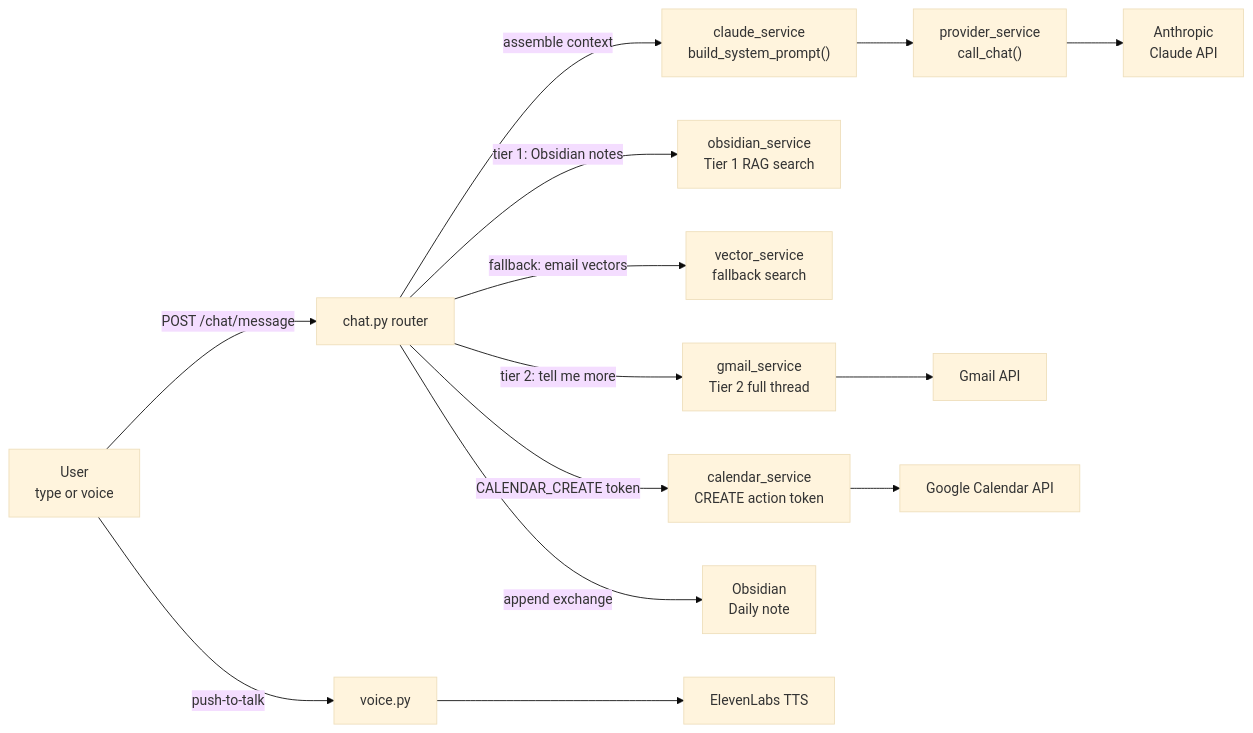
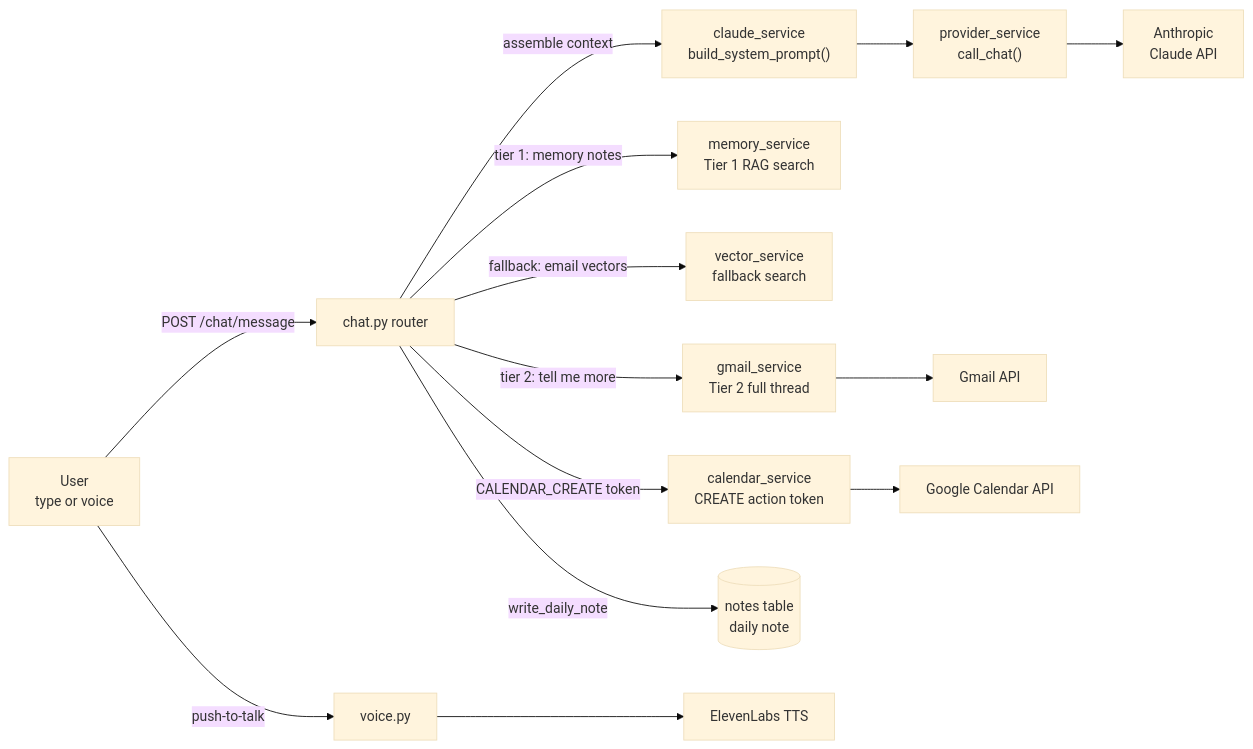
The second of 6 diagrams in docs/ARCHITECTURE.md (yuvanadarsh/meridian), drawn with Mermaid (base theme) before and after one commit. The commit also changed other lines of this file and 2 other files, not shown here.

First line of the commit message:
chore: update CLAUDE.md, README, and docs/ARCHITECTURE.md

````diff
--- a/docs/ARCHITECTURE.md
+++ b/docs/ARCHITECTURE.md
@@ -35,31 +32,31 @@
 ```mermaid
 flowchart LR
     User["User\ntype or voice"]
     ChatR["chat.py router"]
     ClaudeSvc["claude_service\nbuild_system_prompt()"]
     ProvSvc["provider_service\ncall_chat()"]
     ClaudeAPI["Anthropic\nClaude API"]
-    ObsSvc["obsidian_service\nTier 1 RAG search"]
+    MemSvc["memory_service\nTier 1 RAG search"]
     VecSvc["vector_service\nfallback search"]
     GmailSvc["gmail_service\nTier 2 full thread"]
     GmailAPI["Gmail API"]
     CalSvc["calendar_service\nCREATE action token"]
     CalAPI["Google Calendar API"]
     VoiceR["voice.py"]
     ElevenLabs["ElevenLabs TTS"]
-    ObsDaily["Obsidian\nDaily note"]
+    DailyNote[("notes table\ndaily note")]
 
     User -->|"POST /chat/message"| ChatR
     ChatR -->|"assemble context"| ClaudeSvc
     ClaudeSvc --> ProvSvc
     ProvSvc --> ClaudeAPI
-    ChatR -->|"tier 1: Obsidian notes"| ObsSvc
+    ChatR -->|"tier 1: memory notes"| MemSvc
     ChatR -->|"fallback: email vectors"| VecSvc
     ChatR -->|"tier 2: tell me more"| GmailSvc
     GmailSvc --> GmailAPI
     ChatR -->|"CALENDAR_CREATE token"| CalSvc
     CalSvc --> CalAPI
-    ChatR -->|"append exchange"| ObsDaily
+    ChatR -->|"write_daily_note"| DailyNote
     User -->|"push-to-talk"| VoiceR
     VoiceR --> ElevenLabs
 ```
````
